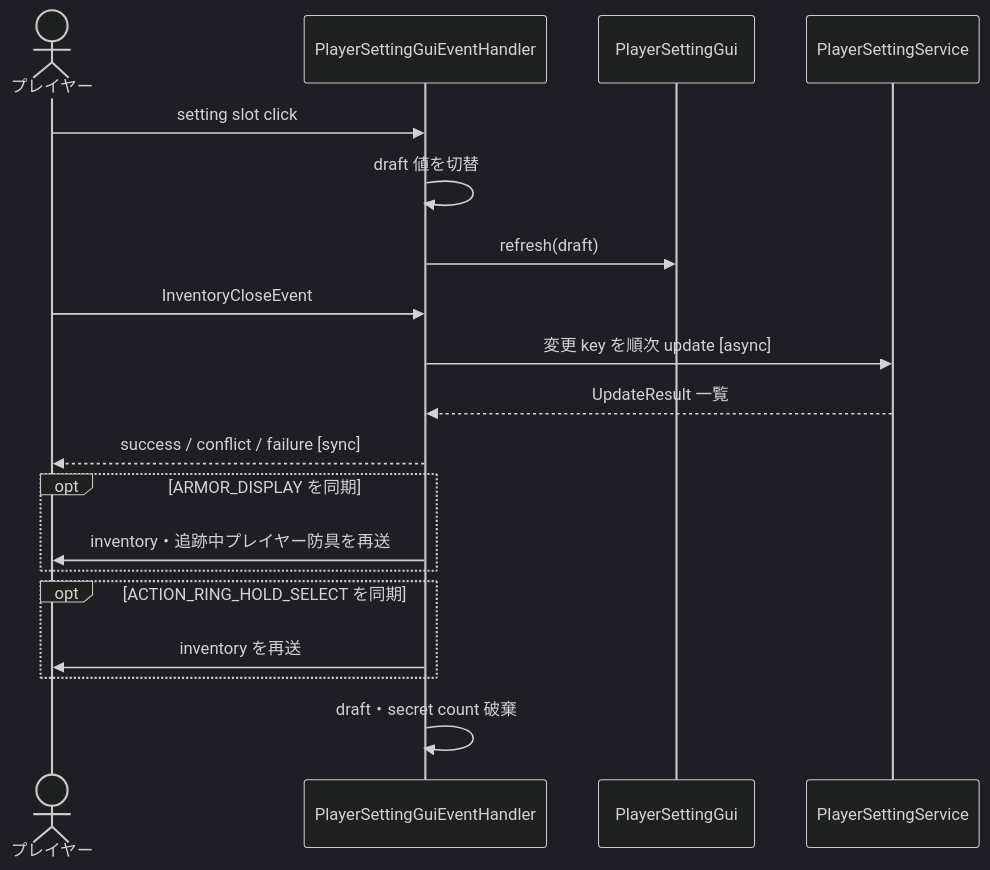
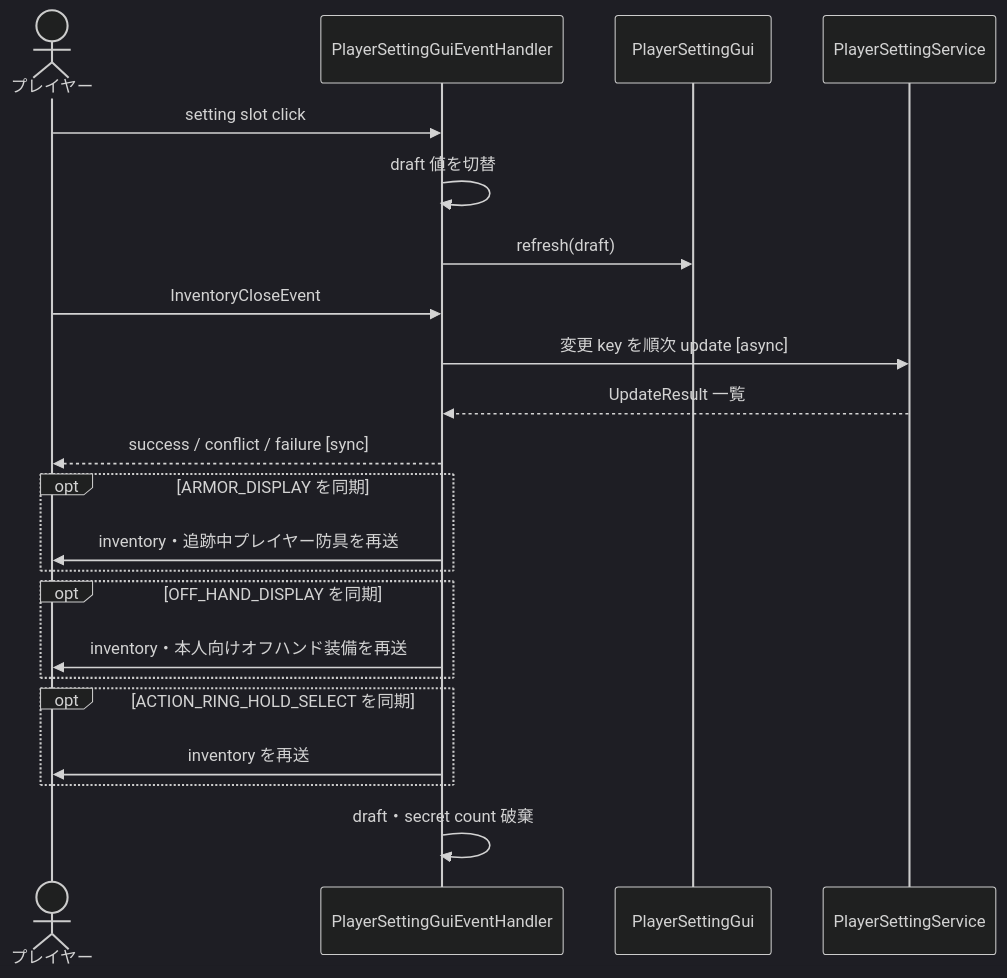
One commit to maaasu/AstralRecord-Workspace changed the third of 3 diagrams in 00_docs/10_Plugin設計書/feature/11-player-setting/11_4-統合フロー.md. Above: the diagram before and after it, drawn with Mermaid (dark theme). The commit also changed other lines of this file and 21 other files, not shown here.

````diff
--- a/00_docs/10_Plugin設計書/feature/11-player-setting/11_4-統合フロー.md
+++ b/00_docs/10_Plugin設計書/feature/11-player-setting/11_4-統合フロー.md
@@ -84,22 +84,25 @@
 ```mermaid
 sequenceDiagram
     actor Player as プレイヤー
     participant Event as PlayerSettingGuiEventHandler
     participant Gui as PlayerSettingGui
     participant Service as PlayerSettingService
 
     Player->>Event: setting slot click
     Event->>Event: draft 値を切替
     Event->>Gui: refresh(draft)
     Player->>Event: InventoryCloseEvent
     Event->>Service: 変更 key を順次 update [async]
     Service-->>Event: UpdateResult 一覧
     Event-->>Player: success / conflict / failure [sync]
     opt ARMOR_DISPLAY を同期
         Event->>Player: inventory・追跡中プレイヤー防具を再送
     end
+    opt OFF_HAND_DISPLAY を同期
+        Event->>Player: inventory・本人向けオフハンド装備を再送
+    end
     opt ACTION_RING_HOLD_SELECT を同期
         Event->>Player: inventory を再送
     end
     Event->>Event: draft・secret count 破棄
 ```
````
